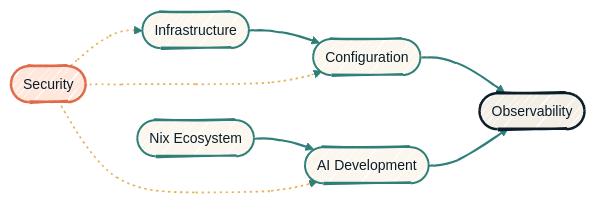
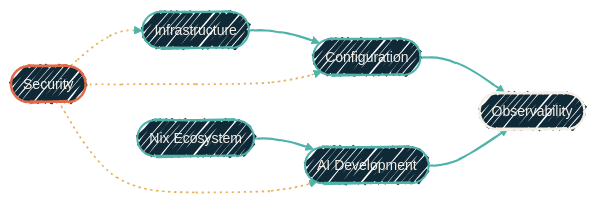
Before and after one commit to dryvist/docs: the diagram in how-it-fits-together.mdx, drawn with Mermaid. The commit also changed 11 other files, not shown here.

````diff
--- a/how-it-fits-together.mdx
+++ b/how-it-fits-together.mdx
@@ -36,29 +36,29 @@
 ```mermaid
-%%{init: {'theme':'base','look':'handDrawn','themeVariables':{'fontFamily':'Geist','fontSize':'14px','primaryColor':'#FBF7EE','primaryTextColor':'#0B1D2A','primaryBorderColor':'#2F7E78','lineColor':'#2F7E78','secondaryColor':'#F4EFE6','tertiaryColor':'#FFE7DC','clusterBkg':'rgba(47,126,120,0.06)','clusterBorder':'#2F7E78'}}}%%
+%%{init: {'theme':'base','look':'handDrawn','themeVariables':{'fontFamily':'Geist','fontSize':'14px','primaryColor':'#102937','primaryTextColor':'#F4EFE6','primaryBorderColor':'#4FB3A9','lineColor':'#4FB3A9','secondaryColor':'#0B1D2A','tertiaryColor':'#1A2A38','clusterBkg':'rgba(79,179,169,0.08)','clusterBorder':'#4FB3A9'}}}%%
 flowchart LR
   Inf([Infrastructure])
   Cfg([Configuration])
   Obs([Observability])
   Nix([Nix Ecosystem])
   AI([AI Development])
   Sec([Security])
 
   Inf --> Cfg
   Cfg --> Obs
   Nix --> AI
   AI --> Obs
   Sec -.-> Inf
   Sec -.-> Cfg
   Sec -.-> AI
 
-  classDef stack    fill:#FBF7EE,stroke:#2F7E78,stroke-width:2px,color:#0B1D2A;
-  classDef sink     fill:#F4EFE6,stroke:#0B1D2A,stroke-width:2.5px,color:#0B1D2A;
-  classDef gate     fill:#FFE7DC,stroke:#E06B4A,stroke-width:2.5px,color:#0B1D2A;
+  classDef stack    fill:#102937,stroke:#4FB3A9,stroke-width:2px,color:#F4EFE6;
+  classDef sink     fill:#102937,stroke:#F4EFE6,stroke-width:2.5px,color:#F4EFE6;
+  classDef gate     fill:#102937,stroke:#E06B4A,stroke-width:2.5px,color:#F4EFE6;
 
   class Inf,Cfg,Nix,AI stack
   class Obs sink
   class Sec gate
 
-  linkStyle 0,1,2,3 stroke:#2F7E78,stroke-width:2px;
+  linkStyle 0,1,2,3 stroke:#4FB3A9,stroke-width:2px;
   linkStyle 4,5,6 stroke:#E6B35A,stroke-width:1.5px,stroke-dasharray:2 4;
 ```
````
